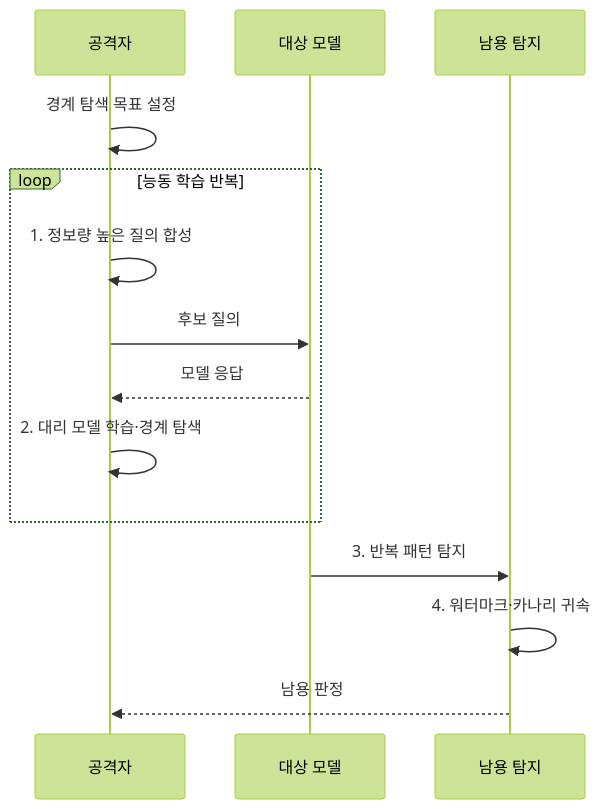
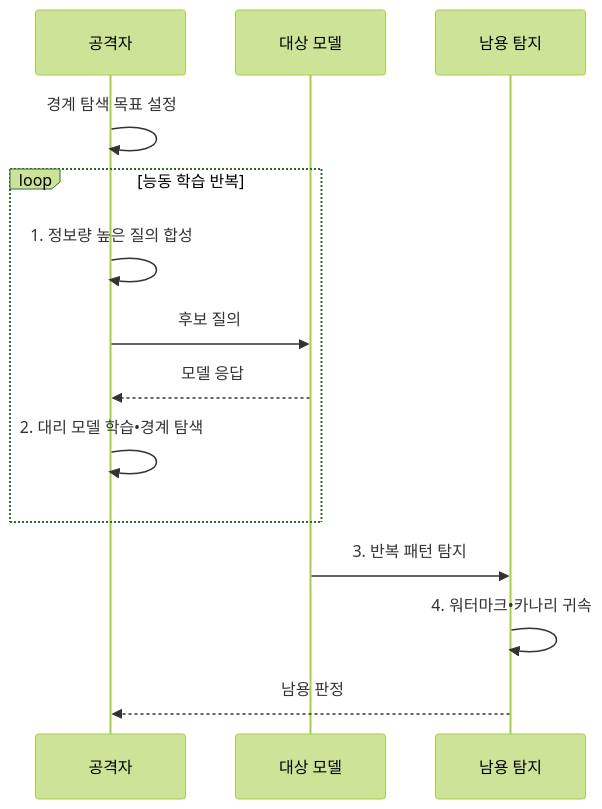
The second of 2 diagrams in src/content/docs/notes/05-security/083_model_extraction_attack.md (agnusdei1207/knowledge-base), drawn with Mermaid (forest theme) before and after one commit. The commit also changed other lines of this file and 953 other files, not shown here.

````diff
--- a/src/content/docs/notes/05-security/083_model_extraction_attack.md
+++ b/src/content/docs/notes/05-security/083_model_extraction_attack.md
@@ -99,16 +99,16 @@
 ```mermaid
 sequenceDiagram
     participant A as 공격자
     participant M as 대상 모델
     participant D as 남용 탐지
     A->>A: 경계 탐색 목표 설정
     loop 능동 학습 반복
         A->>A: 1. 정보량 높은 질의 합성
         A->>M: 후보 질의
         M-->>A: 모델 응답
-        A->>A: 2. 대리 모델 학습·경계 탐색
+        A->>A: 2. 대리 모델 학습•경계 탐색
     end
     M->>D: 3. 반복 패턴 탐지
-    D->>D: 4. 워터마크·카나리 귀속
+    D->>D: 4. 워터마크•카나리 귀속
     D-->>A: 남용 판정
 ```
````
